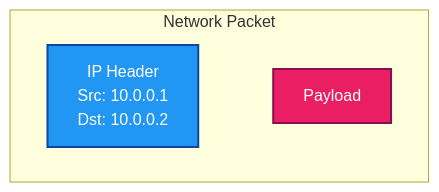
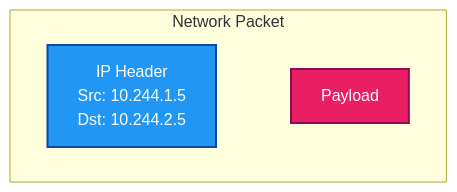
Before and after one commit to SRodi/srodi.github.io: the first of 13 diagrams in _posts/2025-09-07-kubernetes-networking-series-part-2.md, drawn with Mermaid. The commit also changed other lines of this file and 1 other file, not shown here.

````diff
--- a/_posts/2025-09-07-kubernetes-networking-series-part-2.md
+++ b/_posts/2025-09-07-kubernetes-networking-series-part-2.md
@@ -26,10 +26,10 @@
     ```mermaid
     graph LR
        classDef payload fill:#e91e63,stroke:#880e4f,stroke-width:2px,color:#fff
        classDef header fill:#2196f3,stroke:#0d47a1,stroke-width:2px,color:#fff
        
        subgraph Packet ["Network Packet"]
          direction LR
-         IP["IP Header<br>Src: 10.0.0.1<br>Dst: 10.0.0.2"]:::header ~~~ Data[Payload]:::payload
+         IP["IP Header<br>Src: 10.244.1.5<br>Dst: 10.244.2.5"]:::header ~~~ Data[Payload]:::payload
        end
     ```
````
